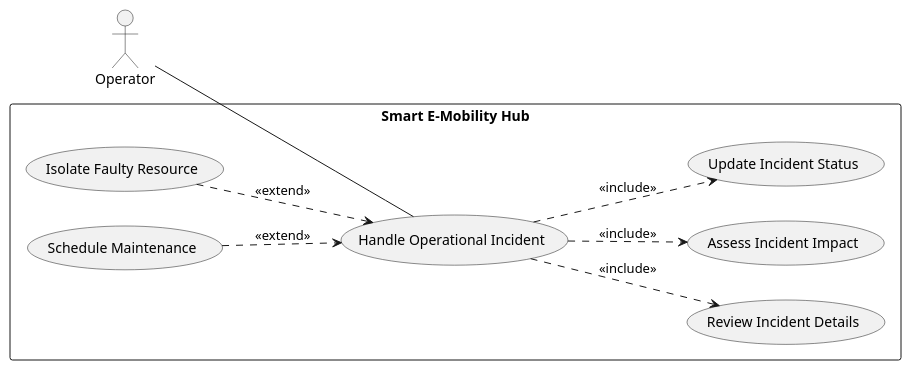
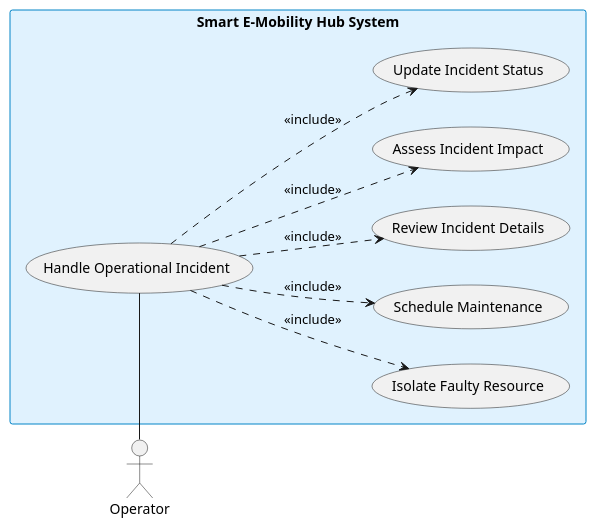
One commit to YdtTran/software-engineerning changed diagram 23 of 30 in 01_Diagram/01_Usecase_Diagram/PLANTUML_ALL.md. Above: the diagram before and after it, drawn with PlantUML. The commit also changed other lines of this file and 217 other files, not shown here.

````diff
--- a/01_Diagram/01_Usecase_Diagram/PLANTUML_ALL.md
+++ b/01_Diagram/01_Usecase_Diagram/PLANTUML_ALL.md
@@ -403,26 +497,23 @@
 ```plantuml
 @startuml
 left to right direction
-skinparam packageStyle rectangle
 skinparam shadowing false
-
-actor "Operator" as Operator
-
-rectangle "Smart E-Mobility Hub" {
-    usecase "Isolate Faulty Resource" as UC_Isolate
-    usecase "Schedule Maintenance" as UC_Schedule
-    usecase "Handle Operational Incident" as UC_Handle
-    usecase "Review Incident Details" as UC_Review
-    usecase "Assess Incident Impact" as UC_Assess
-    usecase "Update Incident Status" as UC_Status
-
-    UC_Isolate ..> UC_Handle : <<extend>>
-    UC_Schedule ..> UC_Handle : <<extend>>
-    UC_Handle ..> UC_Review : <<include>>
-    UC_Handle ..> UC_Assess : <<include>>
-    UC_Handle ..> UC_Status : <<include>>
+skinparam rectangleBackgroundColor #e0f2fe
+skinparam rectangleBorderColor #0284c7
+actor "Operator" as actor_left
+rectangle "Smart E-Mobility Hub System" {
+  usecase "Isolate Faulty Resource" as uc_ext1
+  usecase "Schedule Maintenance" as uc_ext2
+  usecase "Handle Operational Incident" as uc_base
+  usecase "Review Incident Details" as uc_inc1
+  usecase "Assess Incident Impact" as uc_inc2
+  usecase "Update Incident Status" as uc_inc3
 }
-
-Operator -- UC_Handle
+actor_left -right- uc_base
+uc_base ..> uc_ext1 : <<include>>
+uc_base ..> uc_ext2 : <<include>>
+uc_base ..> uc_inc1 : <<include>>
+uc_base ..> uc_inc2 : <<include>>
+uc_base ..> uc_inc3 : <<include>>
 @enduml
 ```
````
